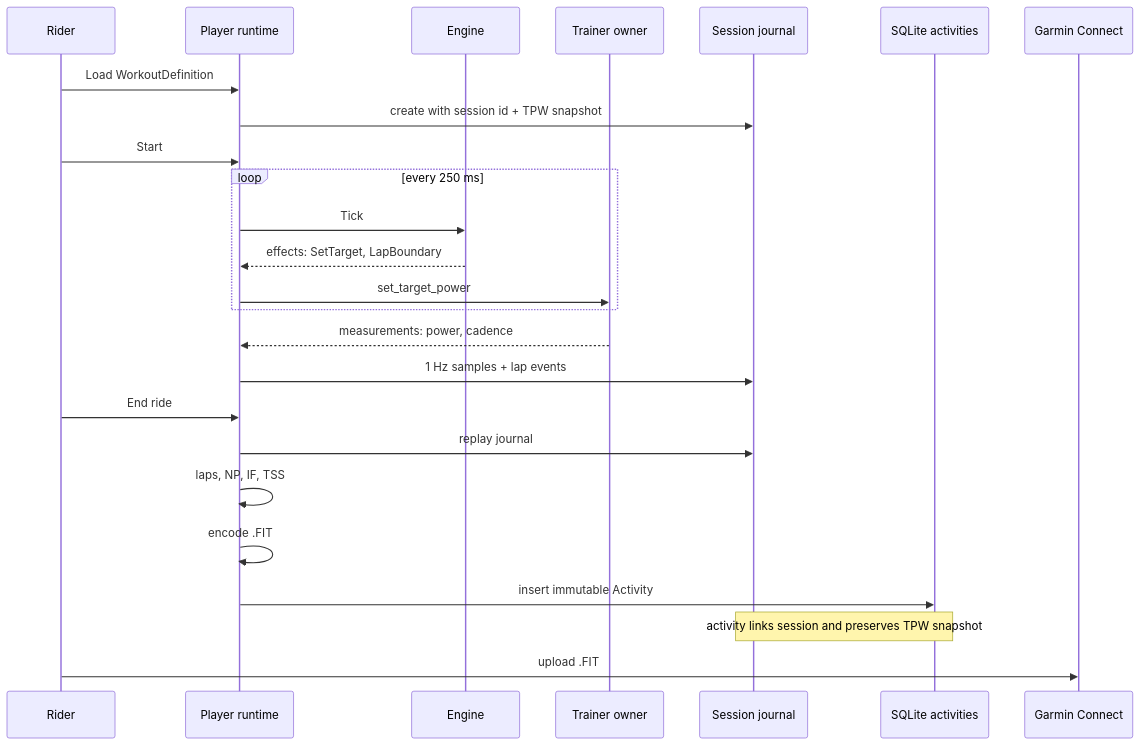
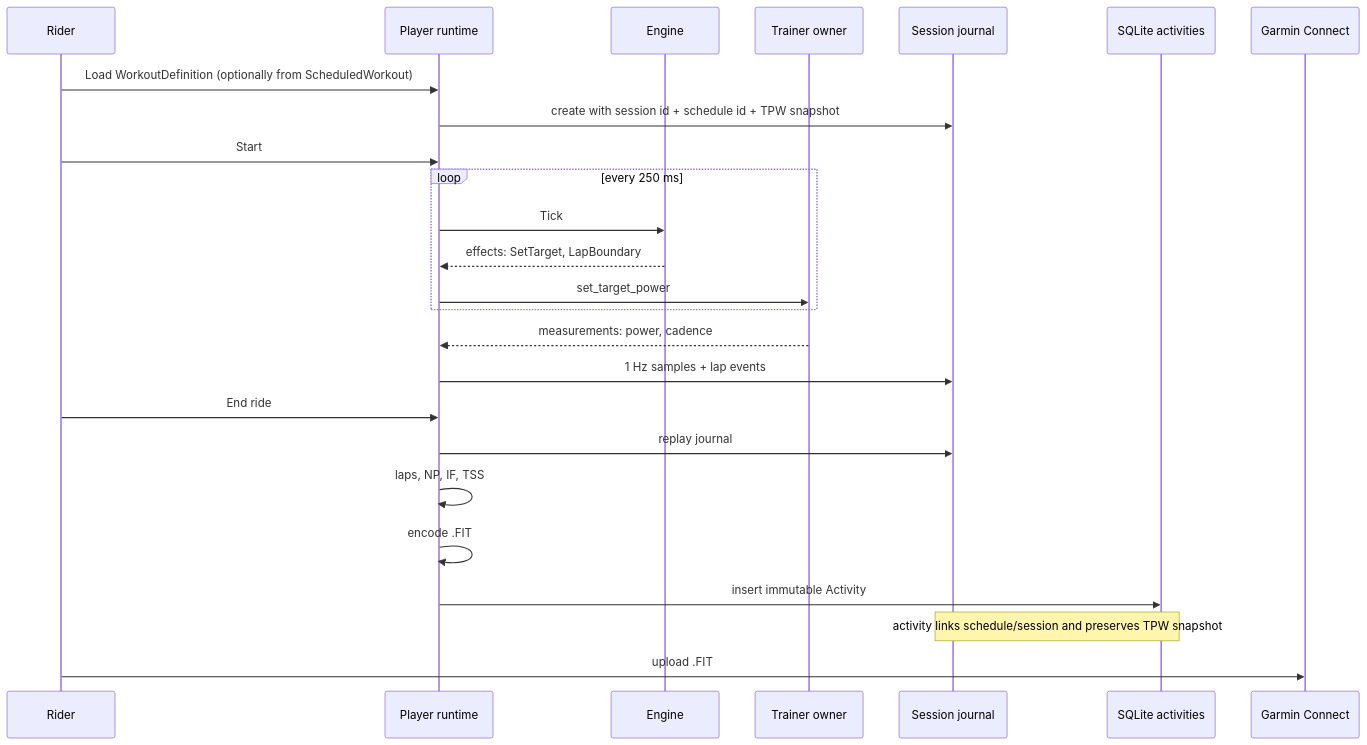
Before and after one commit to sergioclemente/TrainerPro: the fourth of 4 diagrams in docs/architecture.md, drawn with Mermaid. The commit also changed other lines of this file and 22 other files, not shown here.

````diff
--- a/docs/architecture.md
+++ b/docs/architecture.md
@@ -98,28 +119,28 @@
 ```mermaid
 sequenceDiagram
     participant U as Rider
     participant P as Player runtime
     participant E as Engine
     participant T as Trainer owner
     participant J as Session journal
     participant D as SQLite activities
     participant G as Garmin Connect
 
-    U->>P: Load WorkoutDefinition
-    P->>J: create with session id + TPW snapshot
+    U->>P: Load WorkoutDefinition (optionally from ScheduledWorkout)
+    P->>J: create with session id + schedule id + TPW snapshot
     U->>P: Start
     loop every 250 ms
         P->>E: Tick
         E-->>P: effects: SetTarget, LapBoundary
         P->>T: set_target_power
     end
     T-->>P: measurements: power, cadence
     P->>J: 1 Hz samples + lap events
     U->>P: End ride
     P->>J: replay journal
     P->>P: laps, NP, IF, TSS
     P->>P: encode .FIT
     P->>D: insert immutable Activity
-    Note over J,D: activity links session and preserves TPW snapshot
+    Note over J,D: activity links schedule/session and preserves TPW snapshot
     U->>G: upload .FIT
 ```
````
